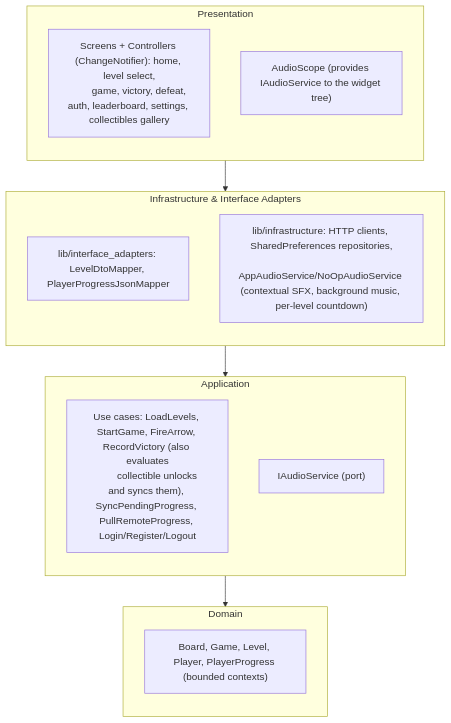
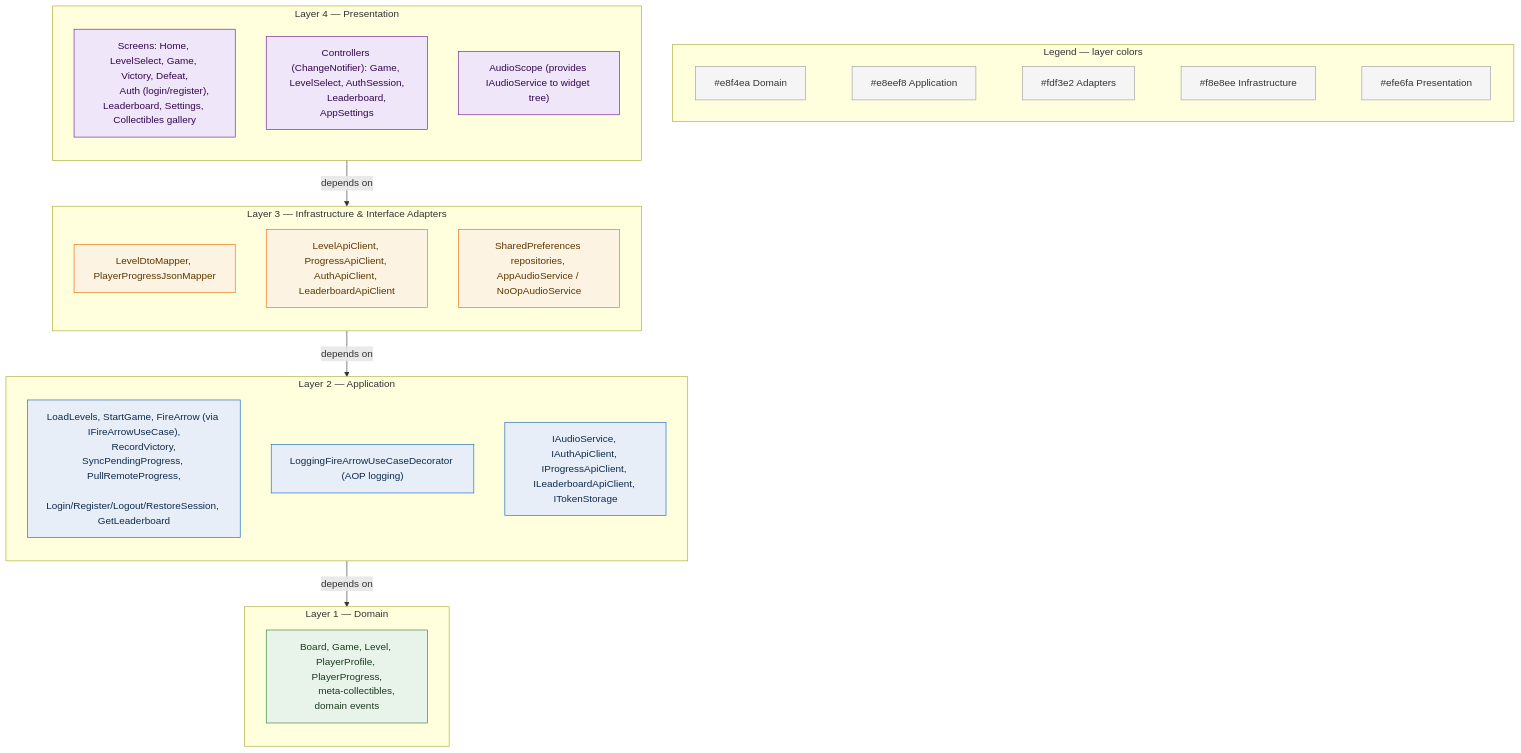
The first of 2 diagrams in README.md (Mianjoy/Arrow-Maze-Escape-Puzzle), drawn with Mermaid before and after one commit. The commit also changed other lines of this file and 12 other files, not shown here.

First line of the commit message:
docs(readme): add app screenshots and refresh architecture diagrams

````diff
--- a/README.md
+++ b/README.md
@@ -37,27 +57,58 @@
 ```mermaid
 flowchart TB
-    subgraph L4["Presentation"]
-        direction TB
-        UI["Screens + Controllers (ChangeNotifier): home, level select,
-        game, victory, defeat, auth, leaderboard, settings, collectibles gallery"]
-        AudioScope["AudioScope (provides IAudioService to the widget tree)"]
-    end
-    subgraph L3["Infrastructure & Interface Adapters"]
-        direction TB
-        Adapters["lib/interface_adapters: LevelDtoMapper, PlayerProgressJsonMapper"]
-        Infra["lib/infrastructure: HTTP clients, SharedPreferences repositories,
-        AppAudioService/NoOpAudioService (contextual SFX, background music, per-level countdown)"]
-    end
-    subgraph L2["Application"]
-        direction TB
-        UseCases["Use cases: LoadLevels, StartGame, FireArrow, RecordVictory (also evaluates
-        collectible unlocks and syncs them), SyncPendingProgress, PullRemoteProgress, Login/Register/Logout"]
-        AudioPort["IAudioService (port)"]
-    end
-    subgraph L1["Domain"]
-        direction TB
-        Entities["Board, Game, Level, Player, PlayerProgress (bounded contexts)"]
+    %% Clean Architecture — frontend Arrow Maze.
+    %% Outer layers depend on inner layers only (dependency rule).
+
+    subgraph Legend["Legend — layer colors"]
+        direction LR
+        LgD["#e8f4ea Domain"] ~~~ LgA["#e8eef8 Application"] ~~~ LgAd["#fdf3e2 Adapters"] ~~~ LgI["#f8e8ee Infrastructure"] ~~~ LgP["#efe6fa Presentation"]
     end
 
-    L4 --> L3 --> L2 --> L1
+    subgraph L4["Layer 4 — Presentation"]
+        direction TB
+        Screens["Screens: Home, LevelSelect, Game, Victory, Defeat,
+        Auth (login/register), Leaderboard, Settings, Collectibles gallery"]
+        Controllers["Controllers (ChangeNotifier): Game, LevelSelect, AuthSession,
+        Leaderboard, AppSettings"]
+        AudioScope["AudioScope (provides IAudioService to widget tree)"]
+    end
+
+    subgraph L3["Layer 3 — Infrastructure & Interface Adapters"]
+        direction TB
+        Adapters["LevelDtoMapper, PlayerProgressJsonMapper"]
+        HttpClients["LevelApiClient, ProgressApiClient, AuthApiClient, LeaderboardApiClient"]
+        LocalRepos["SharedPreferences repositories, AppAudioService / NoOpAudioService"]
+    end
+
+    subgraph L2["Layer 2 — Application"]
+        direction TB
+        UseCases["LoadLevels, StartGame, FireArrow (via IFireArrowUseCase),
+        RecordVictory, SyncPendingProgress, PullRemoteProgress,
+        Login/Register/Logout/RestoreSession, GetLeaderboard"]
+        AopDecorator["LoggingFireArrowUseCaseDecorator (AOP logging)"]
+        Ports["IAudioService, IAuthApiClient, IProgressApiClient, ILeaderboardApiClient, ITokenStorage"]
+    end
+
+    subgraph L1["Layer 1 — Domain"]
+        direction TB
+        Entities["Board, Game, Level, PlayerProfile, PlayerProgress,
+        meta-collectibles, domain events"]
+    end
+
+    L4 -->|depends on| L3
+    L3 -->|depends on| L2
+    L2 -->|depends on| L1
+
+    classDef domain fill:#e8f4ea,stroke:#2e7d32,color:#1b3a1e
+    classDef app fill:#e8eef8,stroke:#1565c0,color:#0d2a4d
+    classDef adapters fill:#fdf3e2,stroke:#ef6c00,color:#5c3600
+    classDef infra fill:#f8e8ee,stroke:#ad1457,color:#4d0d24
+    classDef presentation fill:#efe6fa,stroke:#6a1b9a,color:#33064d
+    classDef legend fill:#f5f5f5,stroke:#9e9e9e,color:#333
+
+    class Entities domain
+    class UseCases,AopDecorator,Ports app
+    class Adapters,HttpClients,LocalRepos adapters
+    class Screens,Controllers,AudioScope presentation
+    class LgD,LgA,LgAd,LgI,LgP legend
 ```
````
